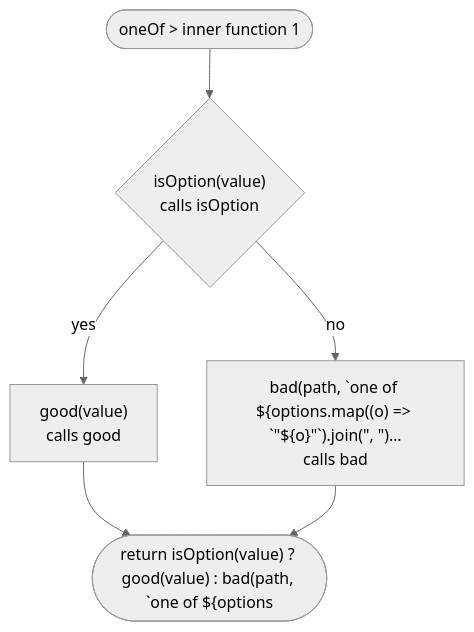
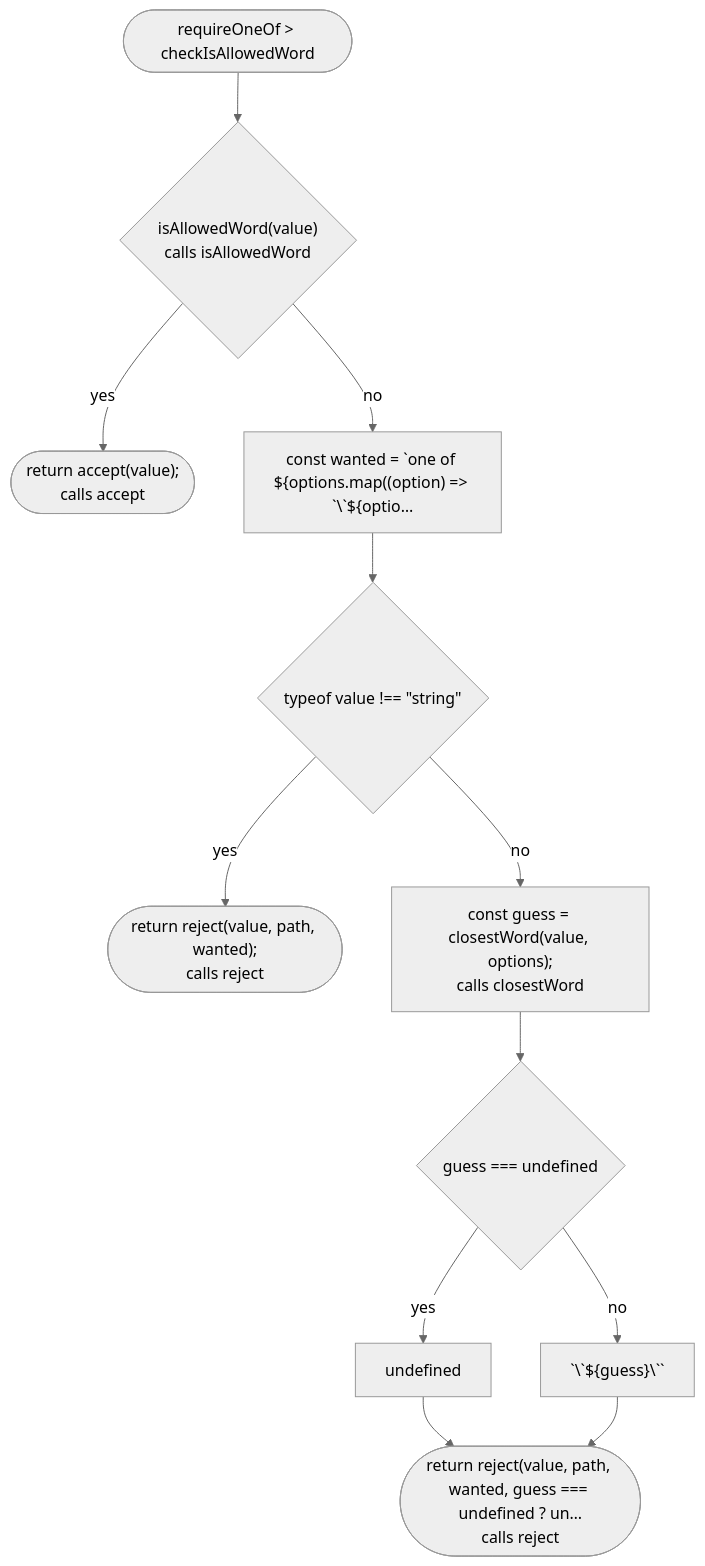
One commit to NewDara-Star/world-engine changed diagram 17 of 38 in docs/flows/src/place/parse.md. Above: the diagram before and after it, drawn with Mermaid (neutral theme). The commit also changed other lines of this file and 18 other files, not shown here.

````diff
--- a/docs/flows/src/place/parse.md
+++ b/docs/flows/src/place/parse.md
@@ -162,13 +248,25 @@
 ```mermaid
 flowchart TD
-  n1(["oneOf #gt; inner function 1"])
-  n2{"isOption(value)<br/>calls isOption"}
-  n3["good(value)<br/>calls good"]
-  n4["bad(path, #96;one of ${options.map((o) =#gt; #96;#quot;${o}#quot;#96;).join(#quot;, #quot;)…<br/>calls bad"]
-  n5(["return isOption(value) ? good(value) : bad(path, #96;one of ${options"])
+  n1(["requireOneOf #gt; checkIsAllowedWord"])
+  n2{"isAllowedWord(value)<br/>calls isAllowedWord"}
+  n3(["return accept(value);<br/>calls accept"])
+  n4["const wanted = #96;one of ${options.map((option) =#gt; #96;\#96;${optio…"]
+  n5{"typeof value !== #quot;string#quot;"}
+  n6(["return reject(value, path, wanted);<br/>calls reject"])
+  n7["const guess = closestWord(value, options);<br/>calls closestWord"]
+  n8{"guess === undefined"}
+  n9["undefined"]
+  n10["#96;\#96;${guess}\#96;#96;"]
+  n11(["return reject(value, path, wanted, guess === undefined ? un…<br/>calls reject"])
   n1 --> n2
   n2 -->|"yes"| n3
   n2 -->|"no"| n4
-  n3 --> n5
   n4 --> n5
+  n5 -->|"yes"| n6
+  n5 -->|"no"| n7
+  n7 --> n8
+  n8 -->|"yes"| n9
+  n8 -->|"no"| n10
+  n9 --> n11
+  n10 --> n11
 ```
````
